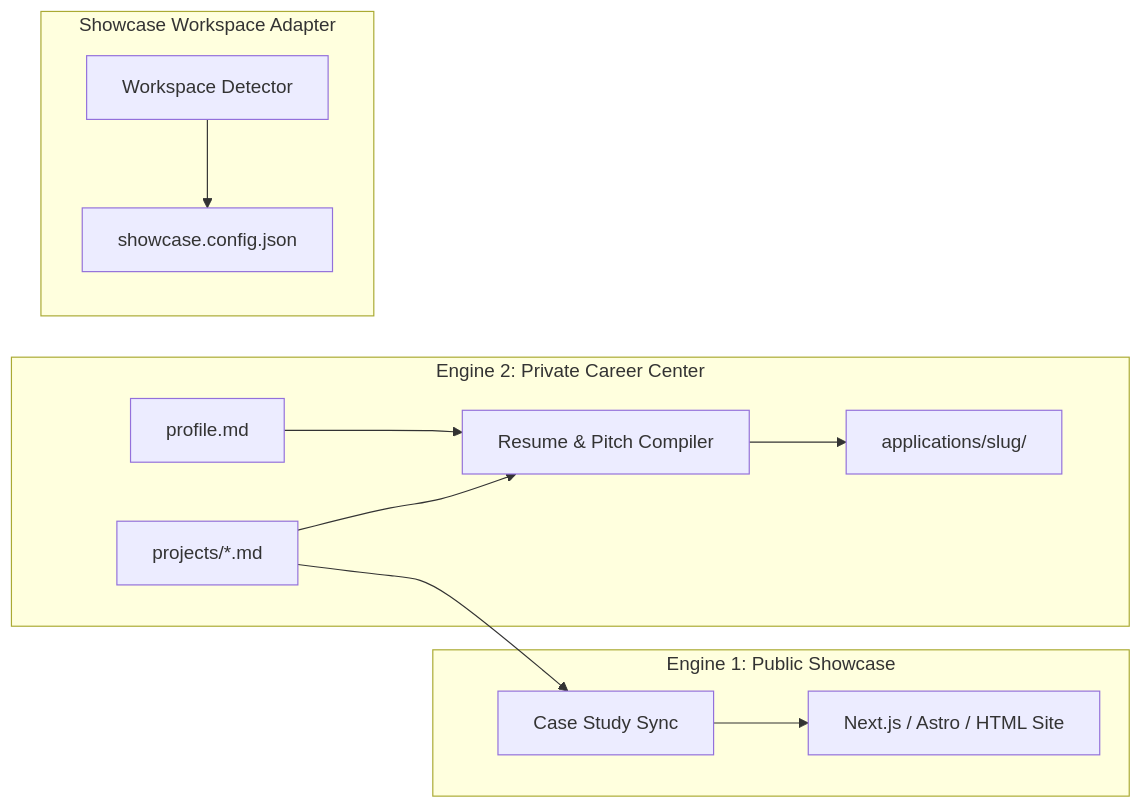
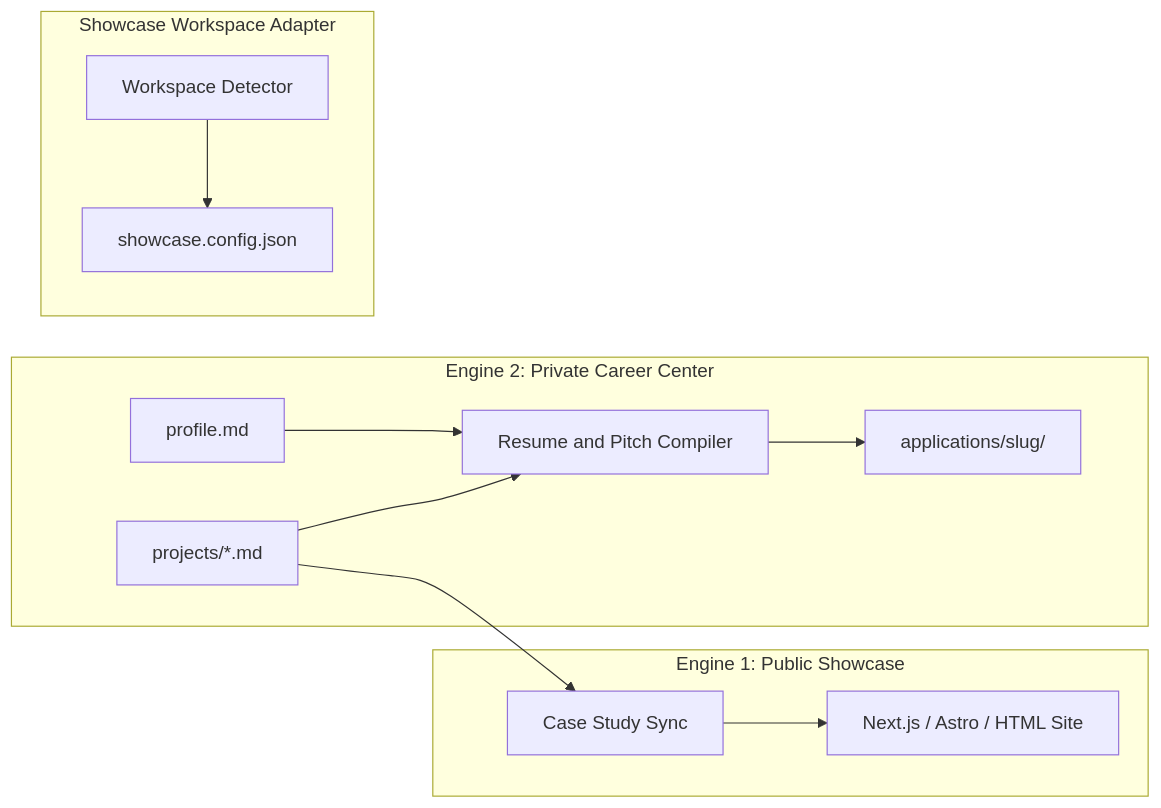
One commit to jedmamosto/showcase changed the diagram in docs/adr/0001-showcase-toolkit-architecture.md. Above: the diagram before and after it, drawn with Mermaid. The commit also changed other lines of this file and 21 other files, not shown here.

````diff
--- a/docs/adr/0001-showcase-toolkit-architecture.md
+++ b/docs/adr/0001-showcase-toolkit-architecture.md
@@ -39,18 +39,18 @@
 ```mermaid
 flowchart LR
-    subgraph Engine2 [Engine 2: Private Career Center]
-        P[profile.md] --> R[Resume & Pitch Compiler]
-        PJ[projects/*.md] --> R
-        R --> APP[applications/slug/]
+    subgraph Engine2 ["Engine 2: Private Career Center"]
+        P["profile.md"] --> R["Resume and Pitch Compiler"]
+        PJ["projects/*.md"] --> R
+        R --> APP["applications/slug/"]
     end
-    subgraph Adapter [Showcase Workspace Adapter]
-        CFG[showcase.config.json]
-        DET[Workspace Detector]
+    subgraph Adapter ["Showcase Workspace Adapter"]
+        CFG["showcase.config.json"]
+        DET["Workspace Detector"]
     end
-    subgraph Engine1 [Engine 1: Public Showcase]
-        WEB[Next.js / Astro / HTML Site]
-        PUB[Case Study Sync]
+    subgraph Engine1 ["Engine 1: Public Showcase"]
+        WEB["Next.js / Astro / HTML Site"]
+        PUB["Case Study Sync"]
     end
     DET --> CFG
     PJ --> PUB --> WEB
 ```
````
